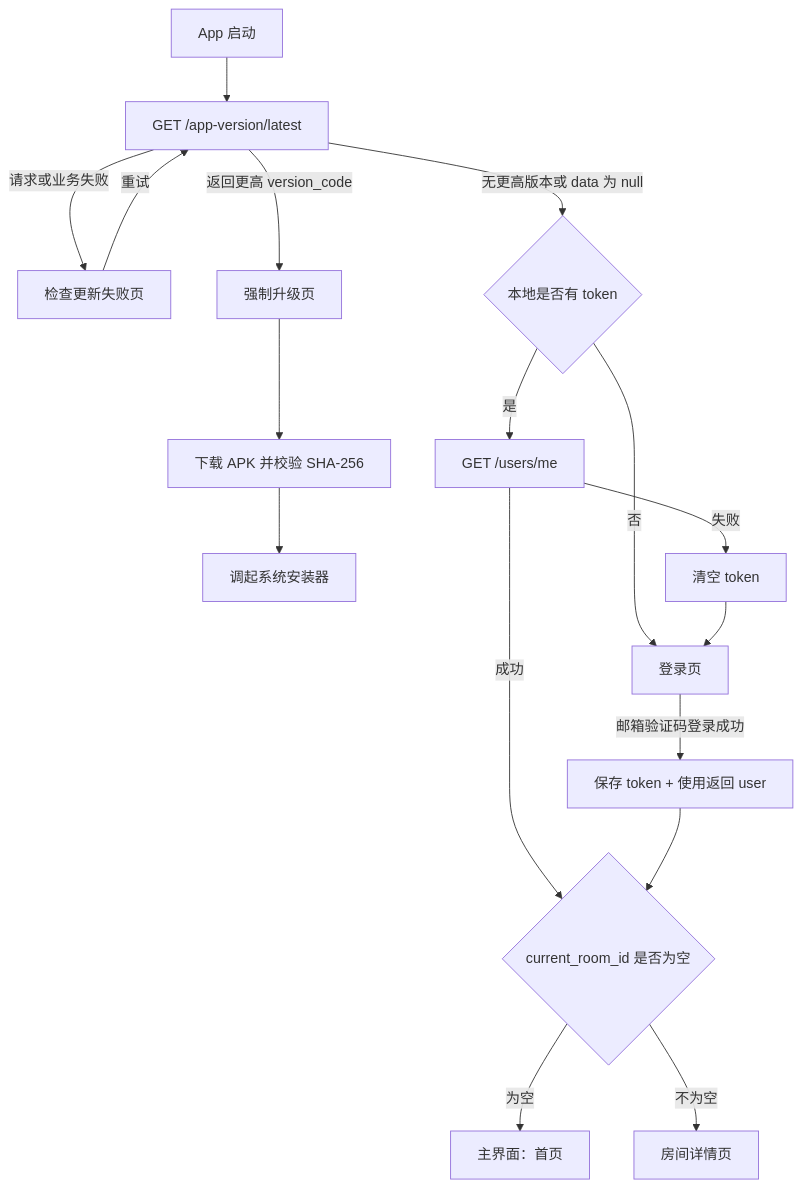
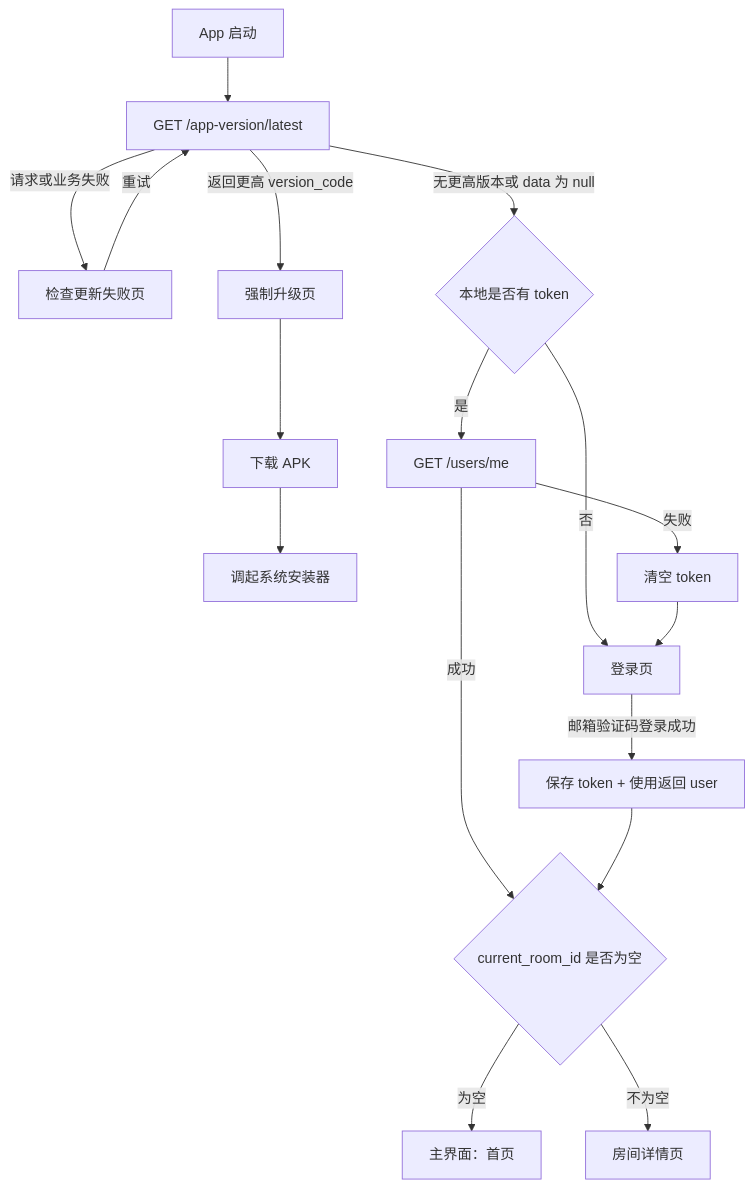
The first of 8 diagrams in docs/客户端逻辑设计.md (DancingCodes/room-app), drawn with Mermaid before and after one commit. The commit also changed 5 other files, not shown here.

````diff
--- a/docs/客户端逻辑设计.md
+++ b/docs/客户端逻辑设计.md
@@ -5,20 +5,20 @@
 ```mermaid
 flowchart TD
     A[App 启动] --> B[GET /app-version/latest]
     B -- 请求或业务失败 --> C[检查更新失败页]
     C -- 重试 --> B
     B -- 返回更高 version_code --> D[强制升级页]
-    D --> E[下载 APK 并校验 SHA-256]
+    D --> E[下载 APK]
     E --> F[调起系统安装器]
     B -- 无更高版本或 data 为 null --> G{本地是否有 token}
     G -- 否 --> H[登录页]
     G -- 是 --> I[GET /users/me]
     I -- 失败 --> J[清空 token]
     J --> H
     I -- 成功 --> K{current_room_id 是否为空}
     K -- 为空 --> L[主界面：首页]
     K -- 不为空 --> M[房间详情页]
 
     H -- 邮箱验证码登录成功 --> N[保存 token + 使用返回 user]
     N --> K
 ```
````
